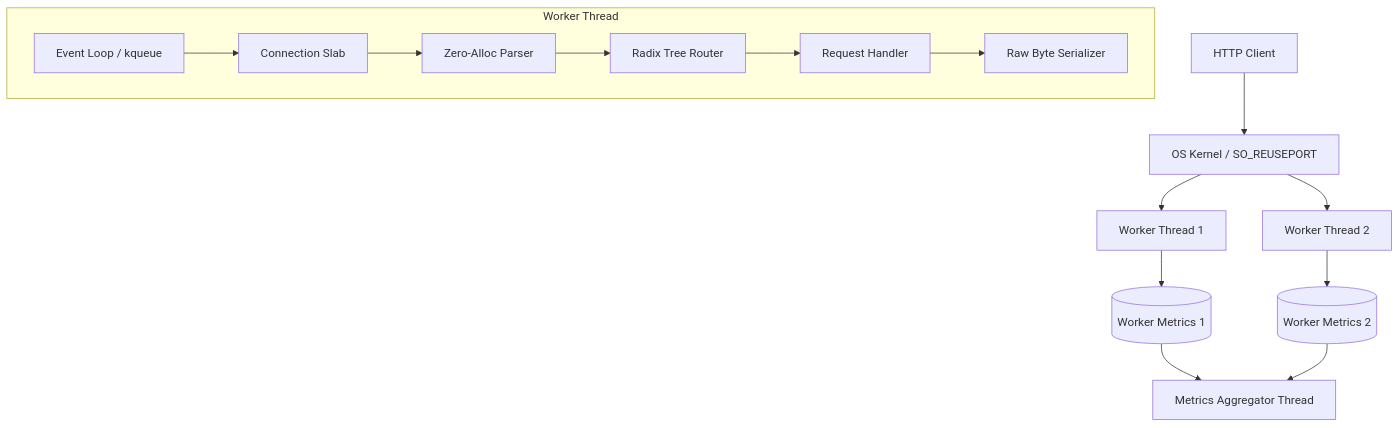
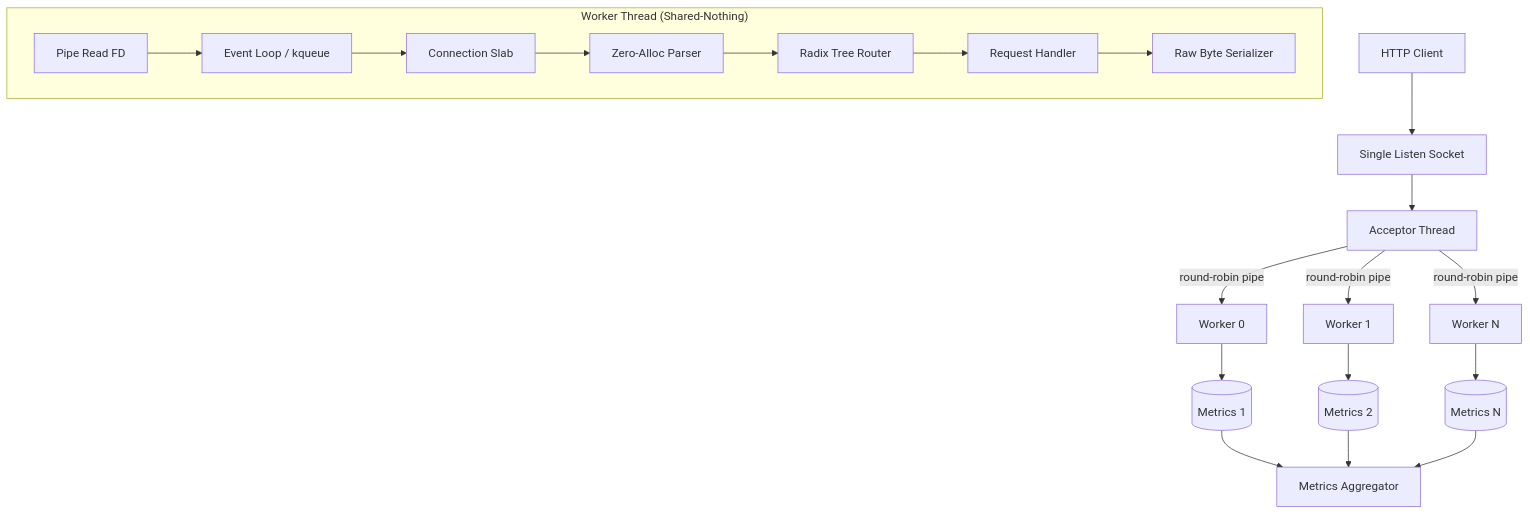
One commit to kowito/chopin changed the diagram in ARCHITECTURE.md. Above: the diagram before and after it, drawn with Mermaid. The commit also changed other lines of this file and 10 other files, not shown here.

First line of the commit message:
feat(chopin): implement accept-distribute multi-core architecture

````diff
--- a/ARCHITECTURE.md
+++ b/ARCHITECTURE.md
@@ -20,20 +20,25 @@
 ```mermaid
 graph TD
-    Client[HTTP Client] --> Kernel[OS Kernel / SO_REUSEPORT]
-    Kernel --> Worker1[Worker Thread 1]
-    Kernel --> Worker2[Worker Thread 2]
+    Client[HTTP Client] --> ListenSock[Single Listen Socket]
+    ListenSock --> Acceptor[Acceptor Thread]
+    Acceptor -->|"round-robin pipe"| Worker1[Worker 0]
+    Acceptor -->|"round-robin pipe"| Worker2[Worker 1]
+    Acceptor -->|"round-robin pipe"| WorkerN[Worker N]
     
-    subgraph Worker[Worker Thread]
-        Loop[Event Loop / kqueue] --> Slab[Connection Slab]
+    subgraph Worker["Worker Thread (Shared-Nothing)"]
+        Pipe[Pipe Read FD] --> Loop[Event Loop / kqueue]
+        Loop --> Slab[Connection Slab]
         Slab --> Parser[Zero-Alloc Parser]
         Parser --> Router[Radix Tree Router]
         Router --> Handler[Request Handler]
         Handler --> Serializer[Raw Byte Serializer]
     end
     
-    Worker1 --> Metrics1[(Worker Metrics 1)]
-    Worker2 --> Metrics2[(Worker Metrics 2)]
+    Worker1 --> Metrics1[(Metrics 1)]
+    Worker2 --> Metrics2[(Metrics 2)]
+    WorkerN --> MetricsN[(Metrics N)]
     
-    Metrics1 --> Aggregator[Metrics Aggregator Thread]
+    Metrics1 --> Aggregator[Metrics Aggregator]
     Metrics2 --> Aggregator
+    MetricsN --> Aggregator
 ```
````
